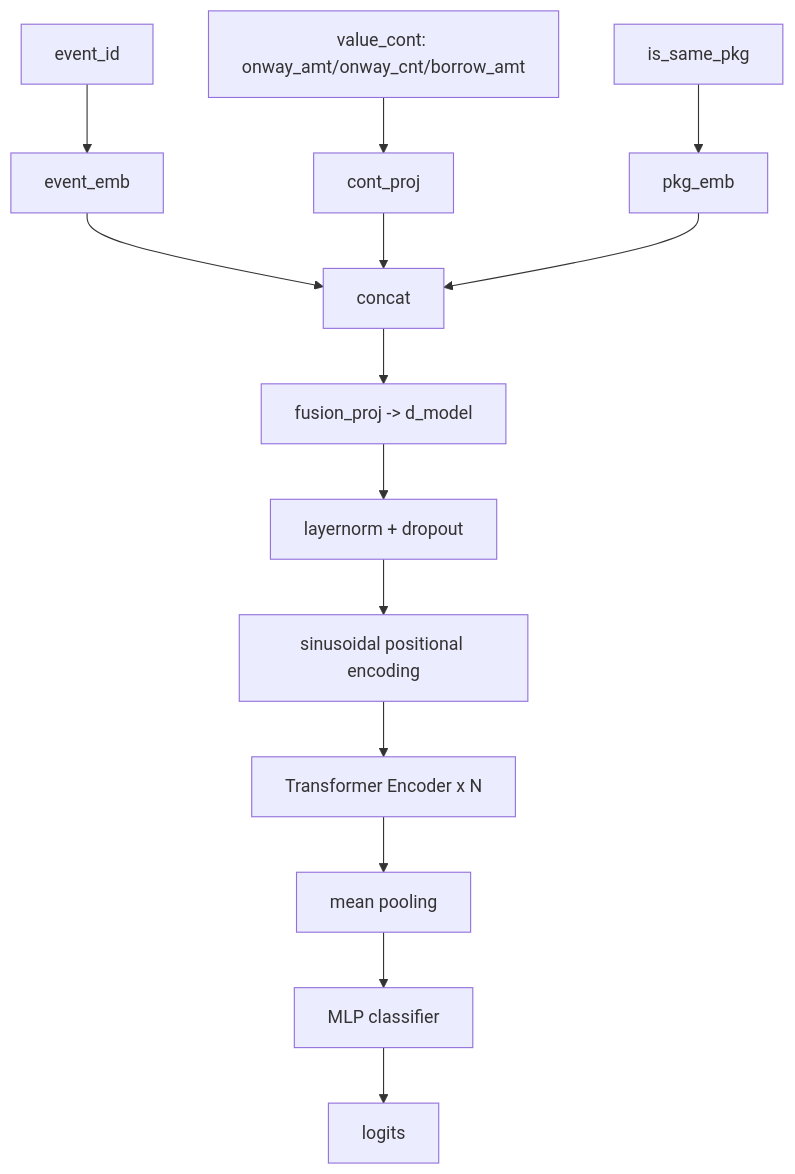
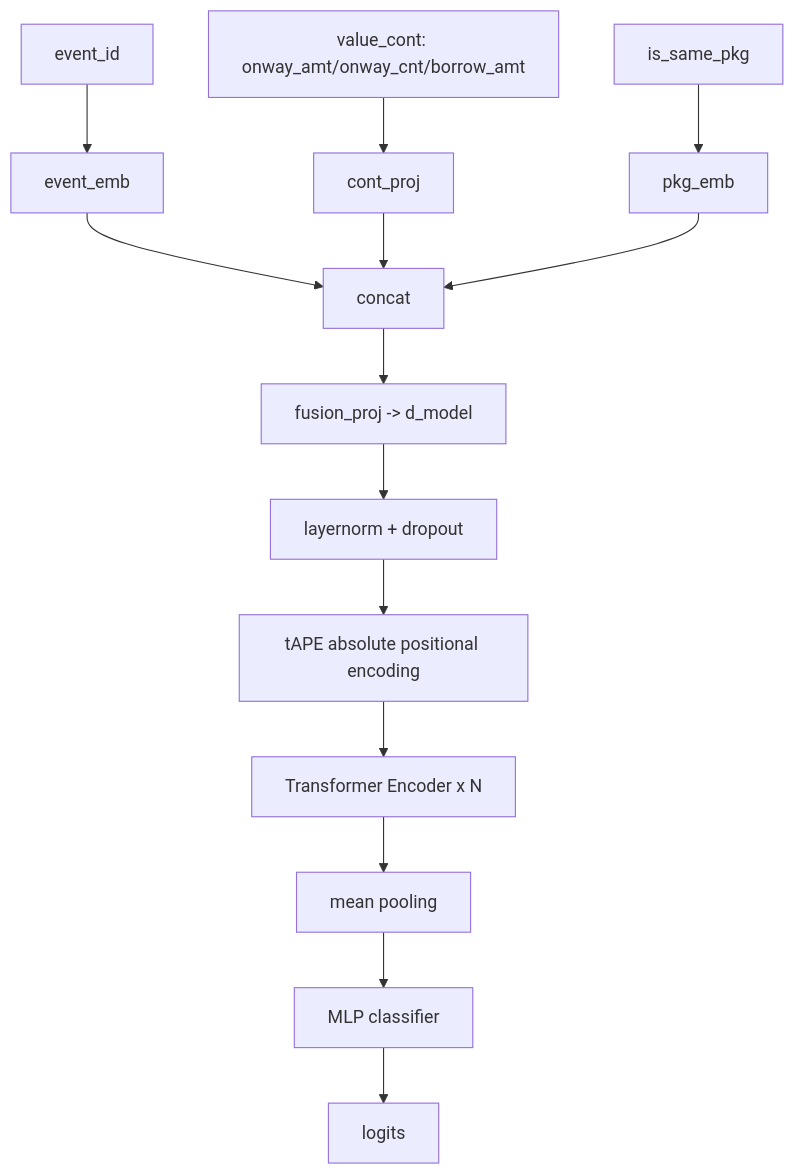
One commit to Mr-Gump/seq-model changed the diagram in ARCHITECTURE.md. Above: the diagram before and after it, drawn with Mermaid. The commit also changed other lines of this file and 1 other file, not shown here.

Commit message:
实验：使用tAPE替代绝对位置编码
Made-with: Cursor

````diff
--- a/ARCHITECTURE.md
+++ b/ARCHITECTURE.md
@@ -3,17 +3,17 @@
 ```mermaid
 flowchart TD
     A[event_id] --> B[event_emb]
     C[value_cont: onway_amt/onway_cnt/borrow_amt] --> D[cont_proj]
     E[is_same_pkg] --> F[pkg_emb]
 
     B --> G[concat]
     D --> G
     F --> G
     G --> H[fusion_proj -> d_model]
     H --> I[layernorm + dropout]
-    I --> J[sinusoidal positional encoding]
+    I --> J[tAPE absolute positional encoding]
     J --> K[Transformer Encoder x N]
     K --> L[mean pooling]
     L --> M[MLP classifier]
     M --> N[logits]
 ```
````
